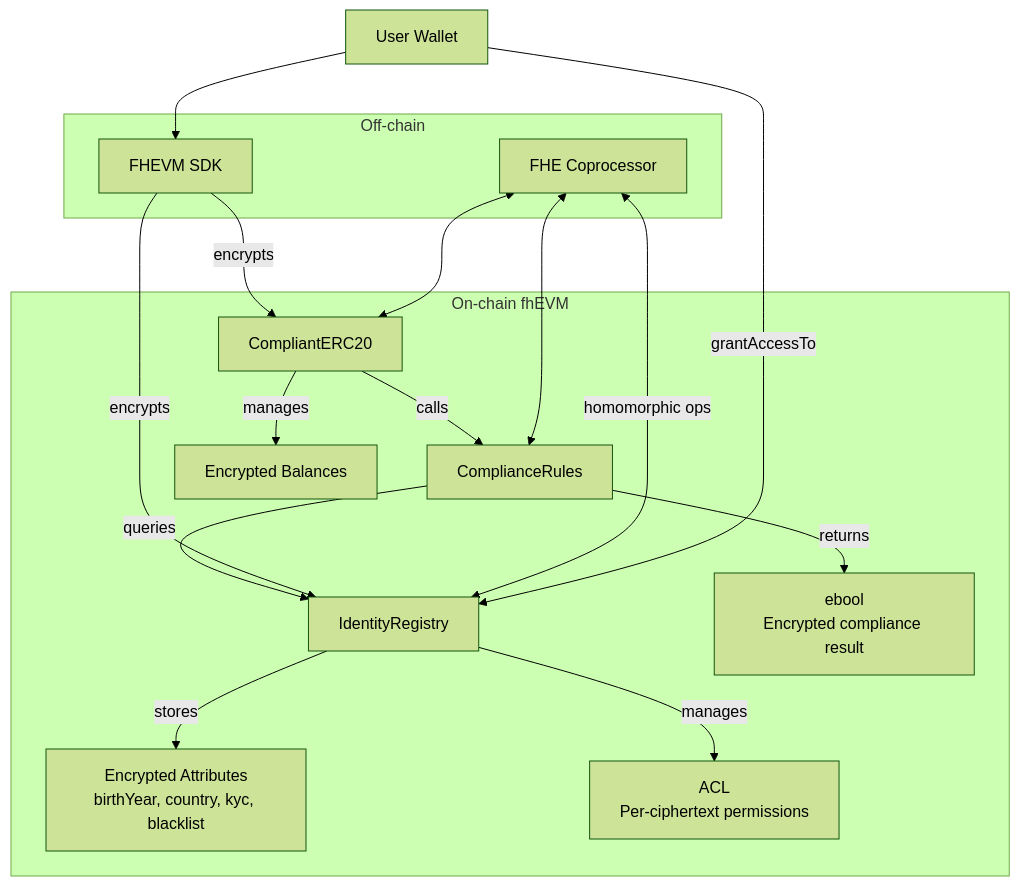
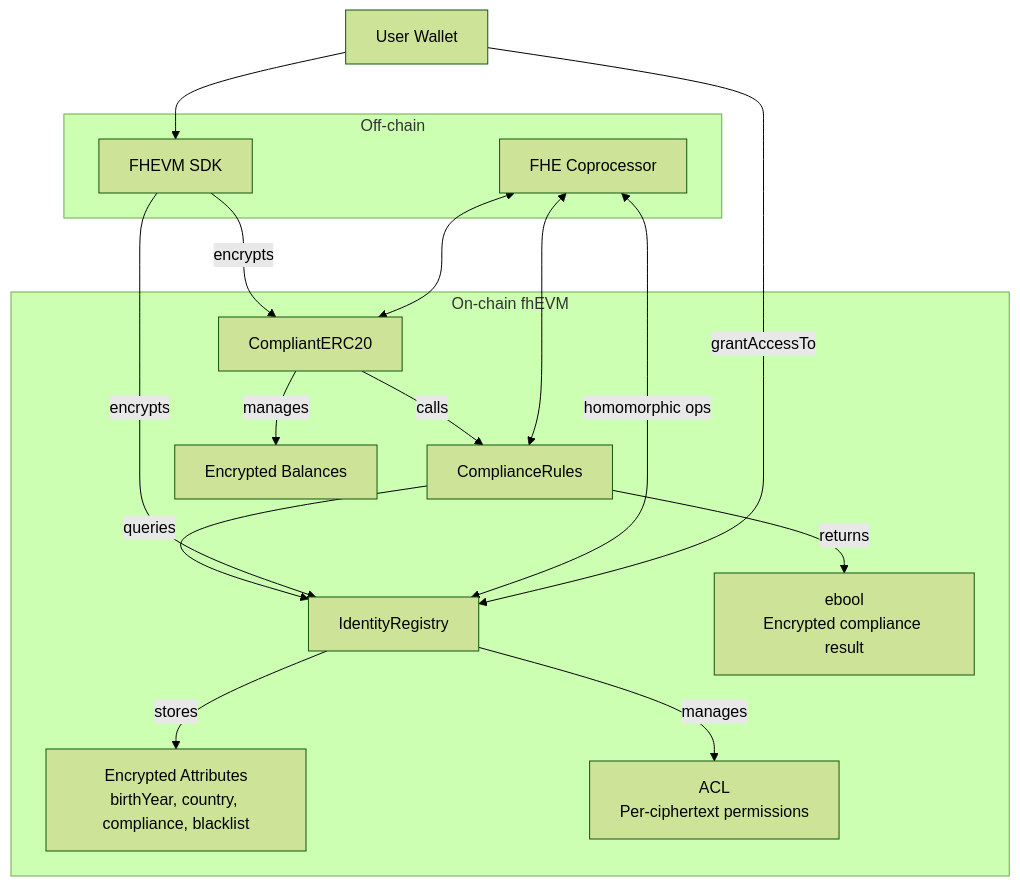
One commit to gustavovalverde/zentity changed the third of 5 diagrams in docs/web2-to-web3-transition.md. Above: the diagram before and after it, drawn with Mermaid (forest theme). The commit also changed other lines of this file and 63 other files, not shown here.

First line of the commit message:
feat(web): migrate identity/compliance flow; remove KYC routes

````diff
--- a/docs/web2-to-web3-transition.md
+++ b/docs/web2-to-web3-transition.md
@@ -165,24 +165,24 @@
 ```mermaid
 flowchart TD
     subgraph "On-chain fhEVM"
-        IR[IdentityRegistry] --> |"stores"| IRState["Encrypted Attributes<br/>birthYear, country, kyc, blacklist"]
+        IR[IdentityRegistry] --> |"stores"| IRState["Encrypted Attributes<br/>birthYear, country, compliance, blacklist"]
         IR --> |"manages"| ACL["ACL<br/>Per-ciphertext permissions"]
 
         CR[ComplianceRules] --> |"queries"| IR
         CR --> |"returns"| CROut["ebool<br/>Encrypted compliance result"]
 
         ERC[CompliantERC20] --> |"calls"| CR
         ERC --> |"manages"| ERCState["Encrypted Balances"]
     end
 
     subgraph "Off-chain"
         SDK[FHEVM SDK] --> |"encrypts"| IR
         SDK --> |"encrypts"| ERC
         FHE[FHE Coprocessor] <--> |"homomorphic ops"| IR
         FHE <--> CR
         FHE <--> ERC
     end
 
     User[User Wallet] --> SDK
     User --> |"grantAccessTo"| IR
 ```
````
